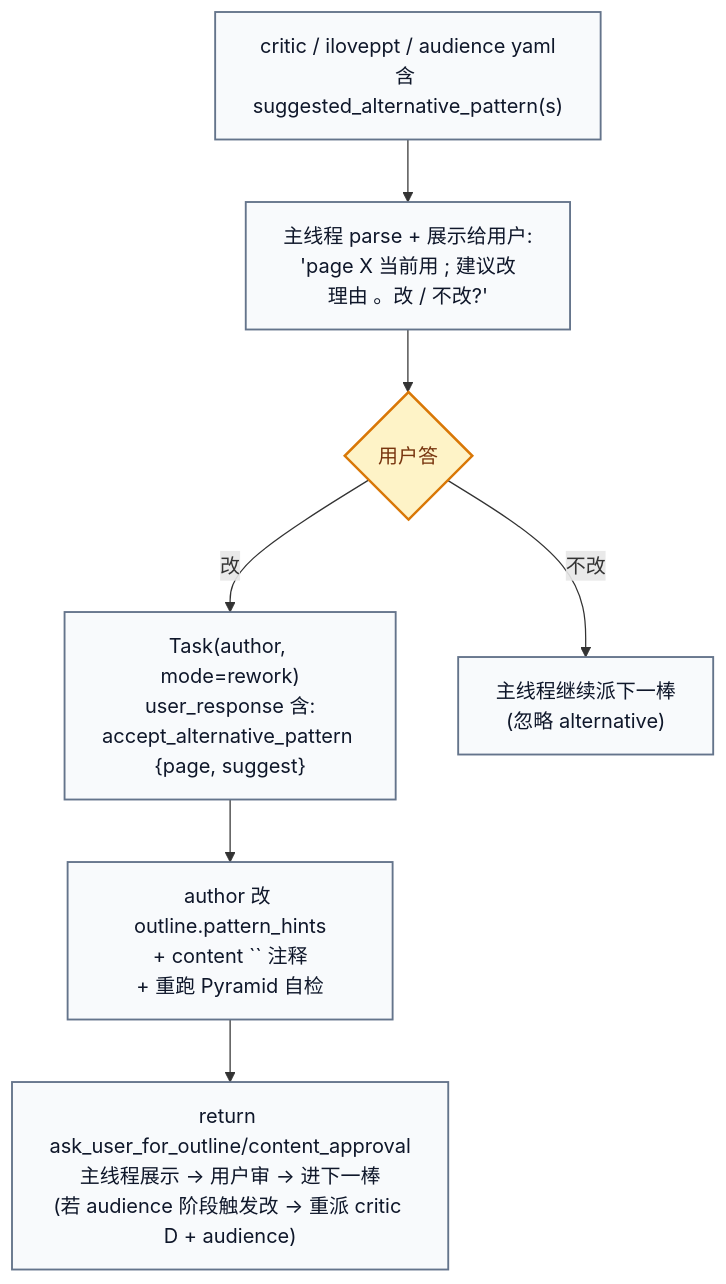
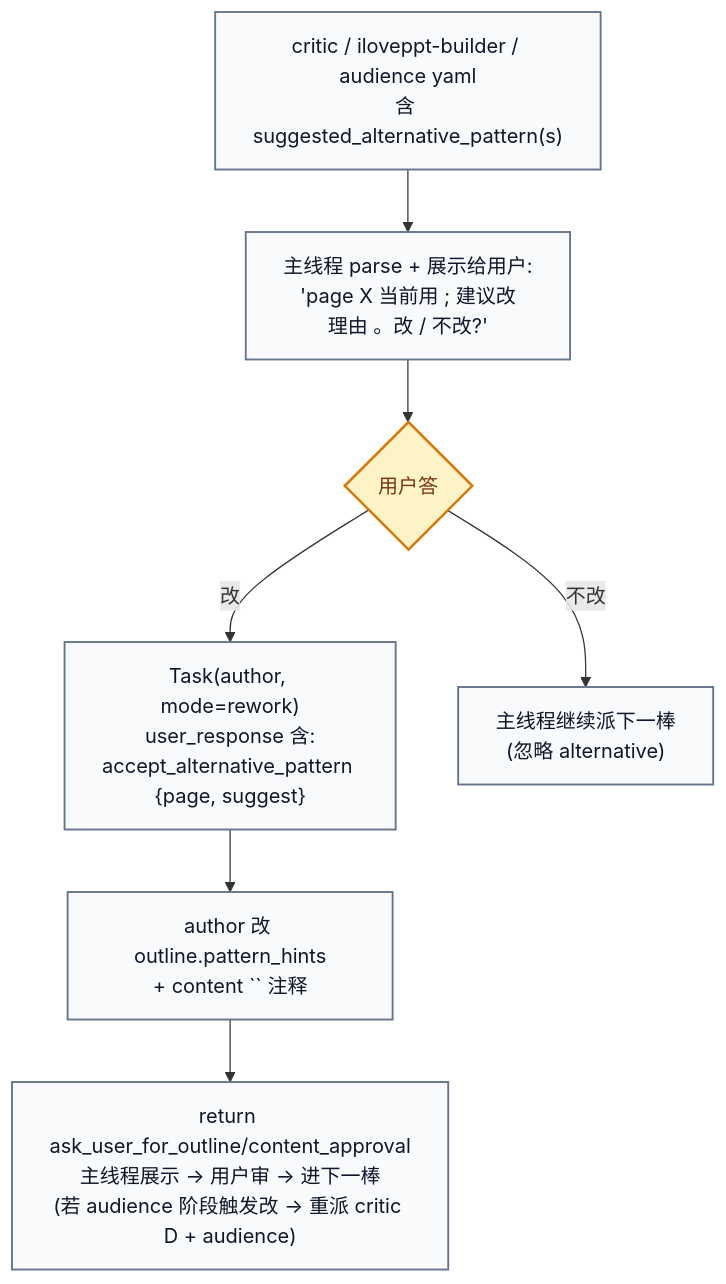
The fifth of 12 diagrams in docs/agent-internals.zh.md (pcliangx/iLovePPT), drawn with Mermaid before and after one commit. The commit also changed other lines of this file and 38 other files, not shown here.

````diff
--- a/docs/agent-internals.zh.md
+++ b/docs/agent-internals.zh.md
@@ -426,20 +432,20 @@
 ```mermaid
 flowchart TB
-    T["critic / iloveppt / audience yaml<br/>含 suggested_alternative_pattern(s)"]
+    T["critic / iloveppt-builder / audience yaml<br/>含 suggested_alternative_pattern(s)"]
     M["主线程 parse + 展示给用户:<br/>'page X 当前用 <current>;<agent> 建议改 <suggest><br/>理由 <reason>。改 / 不改?'"]
     U{用户答}
     R["Task(author, mode=rework)<br/>user_response 含:<br/>accept_alternative_pattern {page, suggest}"]
-    A["author 改 outline.pattern_hints<br/>+ content `<!-- pattern -->` 注释<br/>+ 重跑 Pyramid 自检"]
+    A["author 改 outline.pattern_hints<br/>+ content `<!-- pattern: vp:/tpl: -->` 注释"]
     G["return ask_user_for_outline/content_approval<br/>主线程展示 → 用户审 → 进下一棒<br/>(若 audience 阶段触发改 → 重派 critic D + audience)"]
     N["主线程继续派下一棒<br/>(忽略 alternative)"]
 
     T --> M --> U
     U -->|改| R --> A --> G
     U -->|不改| N
 
     classDef gate fill:#FEF3C7,stroke:#D97706,stroke-width:2px,color:#78350F
     classDef agent fill:#F8FAFC,stroke:#64748B,stroke-width:1.5px,color:#0F172A
     classDef io fill:#DCFCE7,stroke:#16A34A,stroke-width:2px,color:#14532D
     class U gate
     class T,M,R,A,G,N agent
 ```
````
